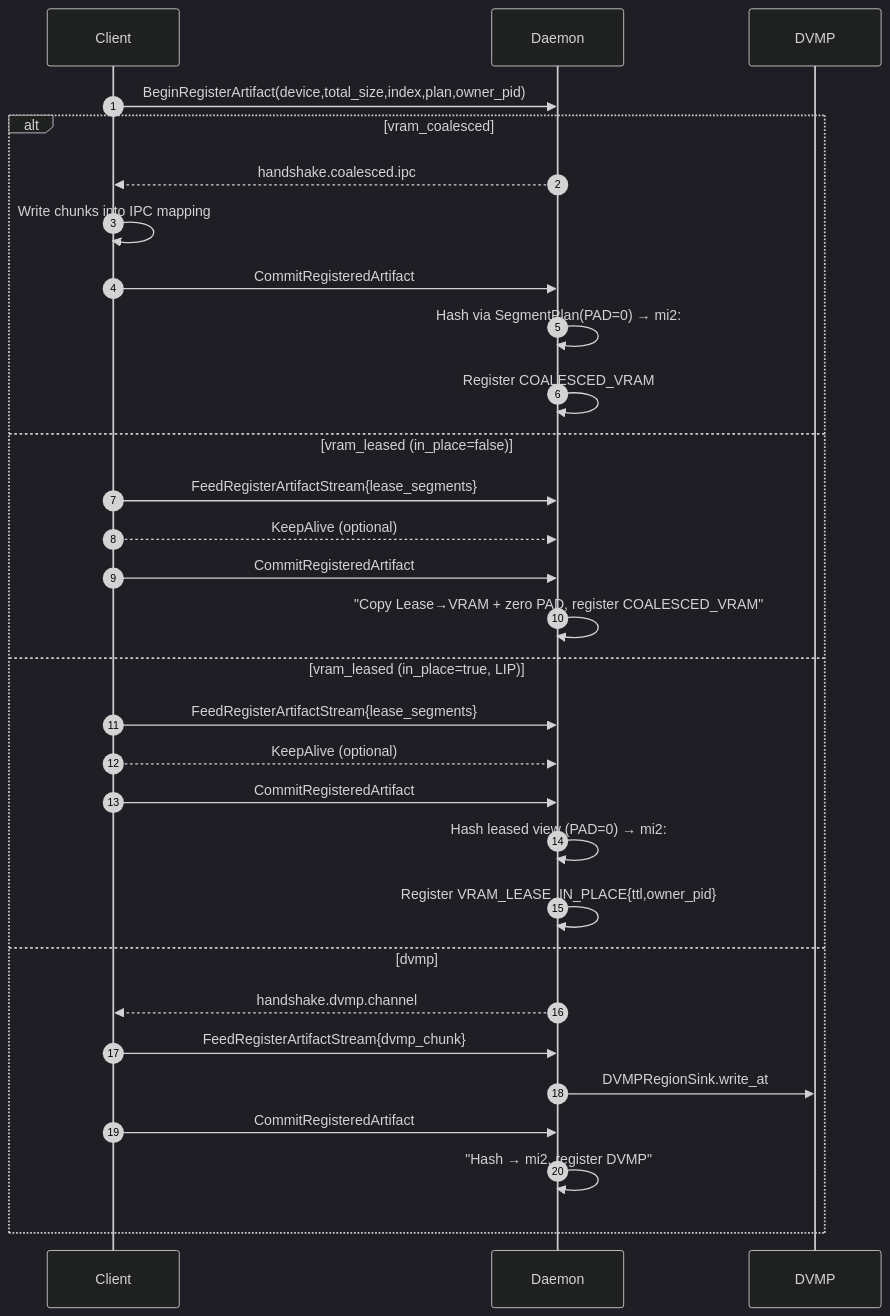
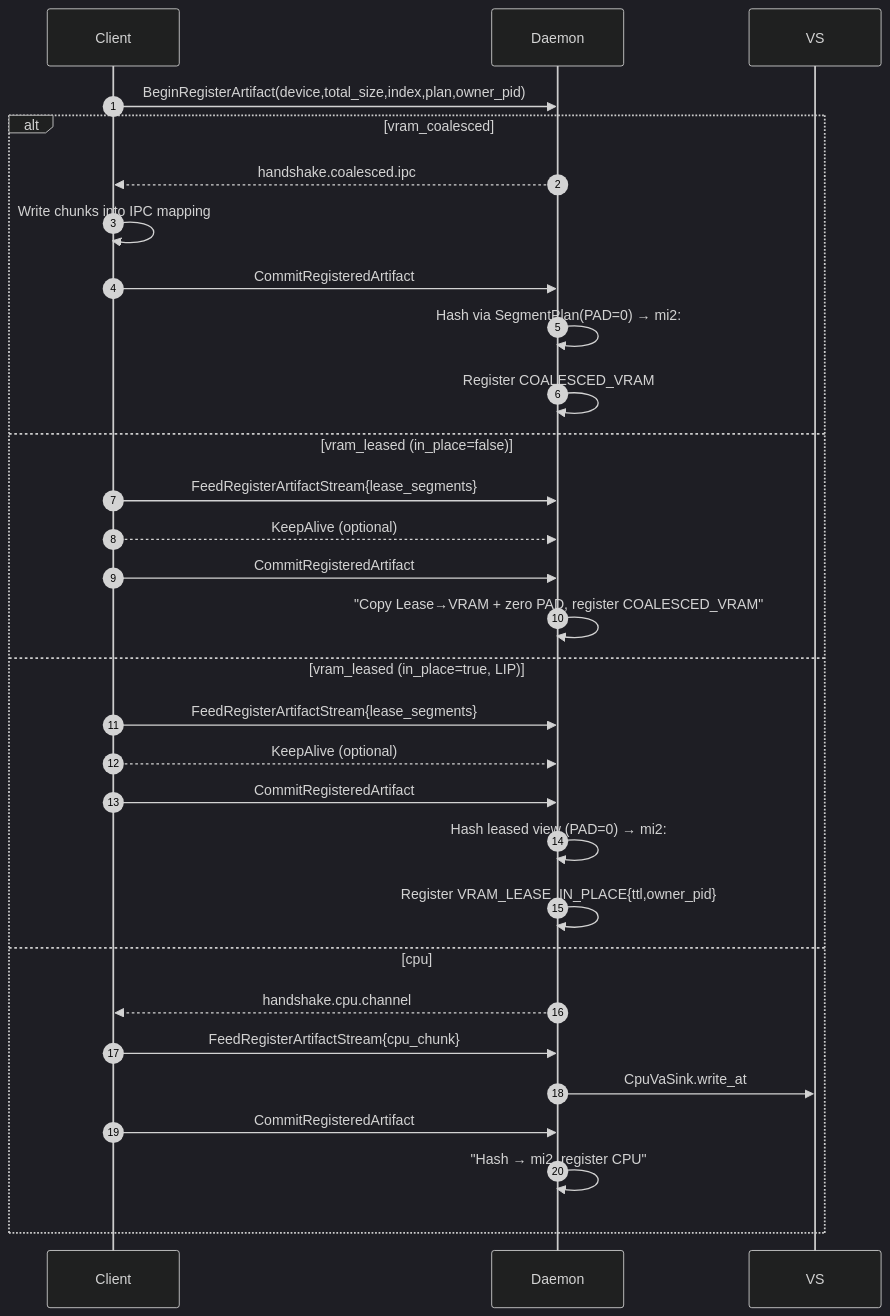
The first of 2 diagrams in docs/designs/0003-unified-memory-registration-avbs-lip.md (tensorcast-ai/tensorcast), drawn with Mermaid (dark theme) before and after one commit. The commit also changed other lines of this file and 155 other files, not shown here.

````diff
--- a/docs/designs/0003-unified-memory-registration-avbs-lip.md
+++ b/docs/designs/0003-unified-memory-registration-avbs-lip.md
@@ -110,33 +110,33 @@
 ```mermaid
 sequenceDiagram
   autonumber
   participant CL as Client
   participant DM as Daemon
-  participant DV as DVMP
+  participant VS as VS
 
   CL->>DM: BeginRegisterArtifact(device,total_size,index,plan,owner_pid)
   alt vram_coalesced
     DM-->>CL: handshake.coalesced.ipc
     CL->>CL: Write chunks into IPC mapping
     CL->>DM: CommitRegisteredArtifact
     DM->>DM: Hash via SegmentPlan(PAD=0) → mi2:
     DM->>DM: Register COALESCED_VRAM
   else vram_leased (in_place=false)
     CL->>DM: FeedRegisterArtifactStream{lease_segments}
     CL-->>DM: KeepAlive (optional)
     CL->>DM: CommitRegisteredArtifact
     DM->>DM: "Copy Lease→VRAM + zero PAD, register COALESCED_VRAM"
   else vram_leased (in_place=true, LIP)
     CL->>DM: FeedRegisterArtifactStream{lease_segments}
     CL-->>DM: KeepAlive (optional)
     CL->>DM: CommitRegisteredArtifact
     DM->>DM: Hash leased view (PAD=0) → mi2:
     DM->>DM: Register VRAM_LEASE_IN_PLACE{ttl,owner_pid}
-  else dvmp
-    DM-->>CL: handshake.dvmp.channel
-    CL->>DM: FeedRegisterArtifactStream{dvmp_chunk}
-    DM->>DV: DVMPRegionSink.write_at
+  else cpu
+    DM-->>CL: handshake.cpu.channel
+    CL->>DM: FeedRegisterArtifactStream{cpu_chunk}
+    DM->>VS: CpuVaSink.write_at
     CL->>DM: CommitRegisteredArtifact
-    DM->>DM: "Hash → mi2, register DVMP"
+    DM->>DM: "Hash → mi2, register CPU"
   end
 ```
````
